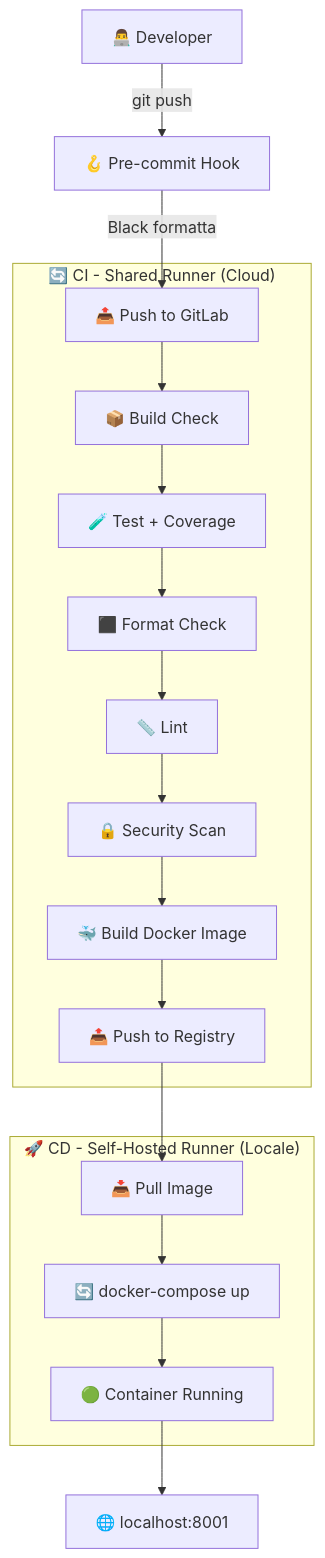
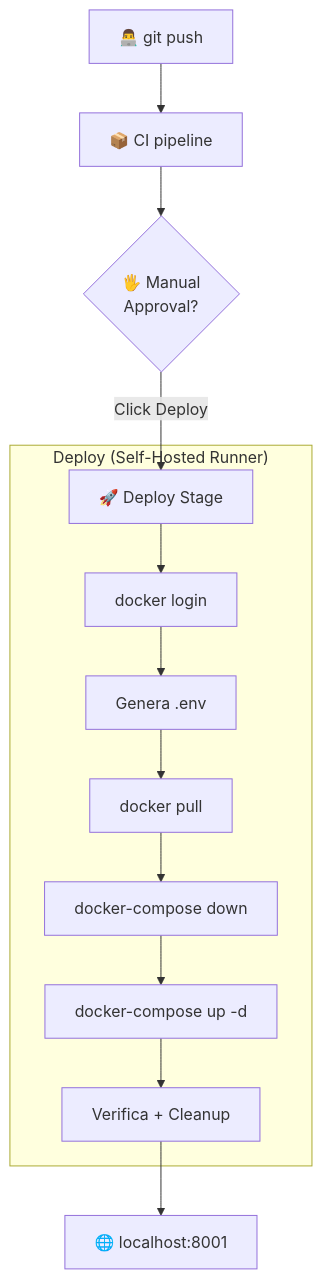
Before and after one commit to lucadileo9/dev-experiments: diagram 23 of 25 in appunti.md, drawn with Mermaid. The commit also changed other lines of this file, not shown here.

````diff
--- a/appunti.md
+++ b/appunti.md
@@ -1724,23 +2219,19 @@
 ```mermaid
 flowchart TD
-    A["👨‍💻 Developer"] -->|git push| B["🪝 Pre-commit Hook"]
-    B -->|"Black formatta"| C["📤 Push to GitLab"]
+    A["👨‍💻 git push"] --> B["📦 CI pipeline"]
     
-    subgraph CI["🔄 CI - Shared Runner (Cloud)"]
-        C --> D["📦 Build Check"]
-        D --> E["🧪 Test + Coverage"]
-        E --> F["⬛ Format Check"]
-        F --> G["📏 Lint"]
-        G --> H["🔒 Security Scan"]
-        H --> I["🐳 Build Docker Image"]
-        I --> J["📤 Push to Registry"]
+    B --> F{"🖐️ Manual<br/>Approval?"}
+    
+    F -->|"Click Deploy"| G["🚀 Deploy Stage"]
+    
+    subgraph Deploy["Deploy (Self-Hosted Runner)"]
+        G --> G1["docker login"]
+        G1 --> G2["Genera .env"]
+        G2 --> G3["docker pull"]
+        G3 --> G4["docker-compose down"]
+        G4 --> G5["docker-compose up -d"]
+        G5 --> G6["Verifica + Cleanup"]
     end
     
-    subgraph CD["🚀 CD - Self-Hosted Runner (Locale)"]
-        J --> K["📥 Pull Image"]
-        K --> L["🔄 docker-compose up"]
-        L --> M["🟢 Container Running"]
-    end
-    
-    M --> N["🌐 localhost:8001"]
+    G6 --> H["🌐 localhost:8001"]
 ```
````
